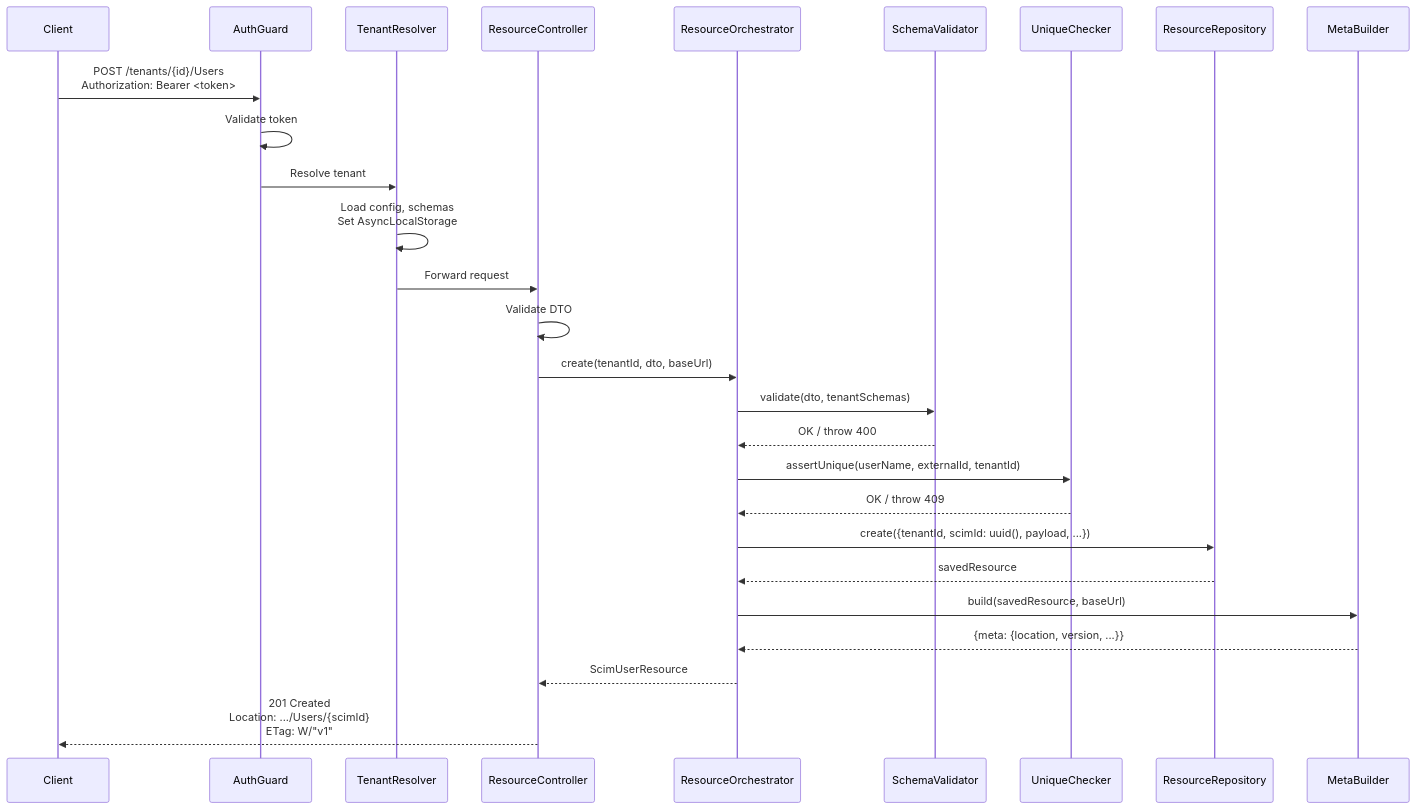
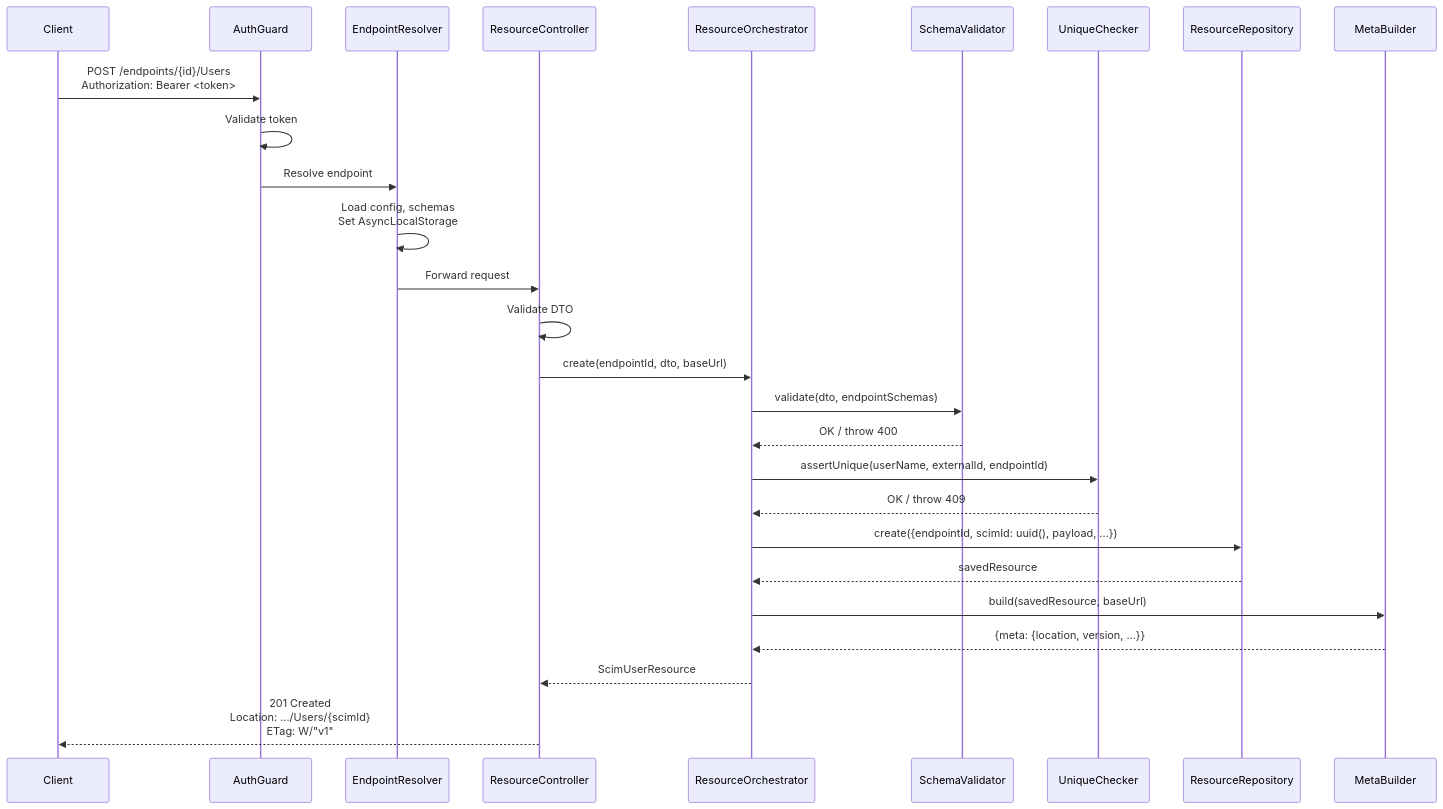
Before and after one commit to pranems/SCIMServer: the first of 3 diagrams in docs/IDEAL_SCIM_ARCHITECTURE_v3_2026-02-20.md, drawn with Mermaid. The commit also changed other lines of this file and 288 other files, not shown here.

````diff
--- a/docs/IDEAL_SCIM_ARCHITECTURE_v3_2026-02-20.md
+++ b/docs/IDEAL_SCIM_ARCHITECTURE_v3_2026-02-20.md
@@ -1160,30 +1175,30 @@
 ```mermaid
 sequenceDiagram
     participant C as Client
     participant G as AuthGuard
-    participant TR as TenantResolver
+    participant TR as EndpointResolver
     participant RC as ResourceController
     participant RO as ResourceOrchestrator
     participant SV as SchemaValidator
     participant UC as UniqueChecker
     participant RR as ResourceRepository
     participant MB as MetaBuilder
 
-    C->>G: POST /tenants/{id}/Users<br/>Authorization: Bearer <token>
+    C->>G: POST /endpoints/{id}/Users<br/>Authorization: Bearer <token>
     G->>G: Validate token
-    G->>TR: Resolve tenant
+    G->>TR: Resolve endpoint
     TR->>TR: Load config, schemas<br/>Set AsyncLocalStorage
     TR->>RC: Forward request
     RC->>RC: Validate DTO
-    RC->>RO: create(tenantId, dto, baseUrl)
-    RO->>SV: validate(dto, tenantSchemas)
+    RC->>RO: create(endpointId, dto, baseUrl)
+    RO->>SV: validate(dto, endpointSchemas)
     SV-->>RO: OK / throw 400
-    RO->>UC: assertUnique(userName, externalId, tenantId)
+    RO->>UC: assertUnique(userName, externalId, endpointId)
     UC-->>RO: OK / throw 409
-    RO->>RR: create({tenantId, scimId: uuid(), payload, ...})
+    RO->>RR: create({endpointId, scimId: uuid(), payload, ...})
     RR-->>RO: savedResource
     RO->>MB: build(savedResource, baseUrl)
     MB-->>RO: {meta: {location, version, ...}}
     RO-->>RC: ScimUserResource
     RC-->>C: 201 Created<br/>Location: .../Users/{scimId}<br/>ETag: W/"v1"
 ```
````
